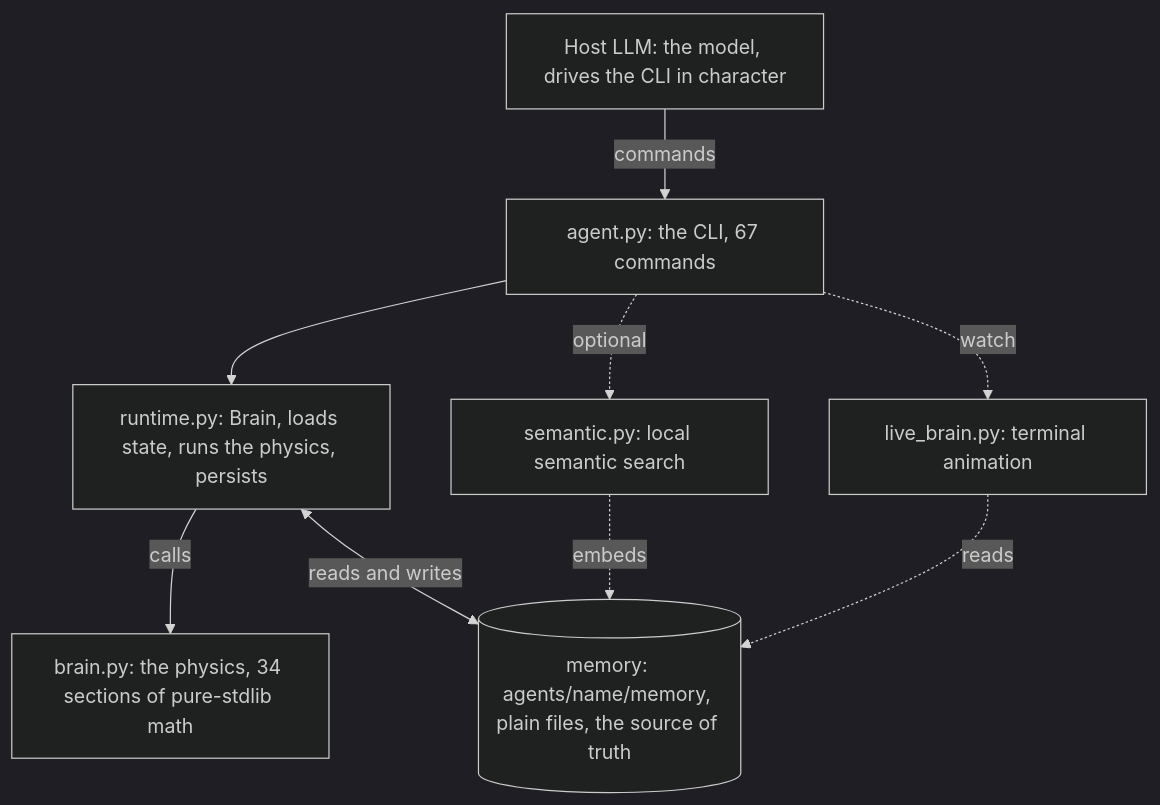
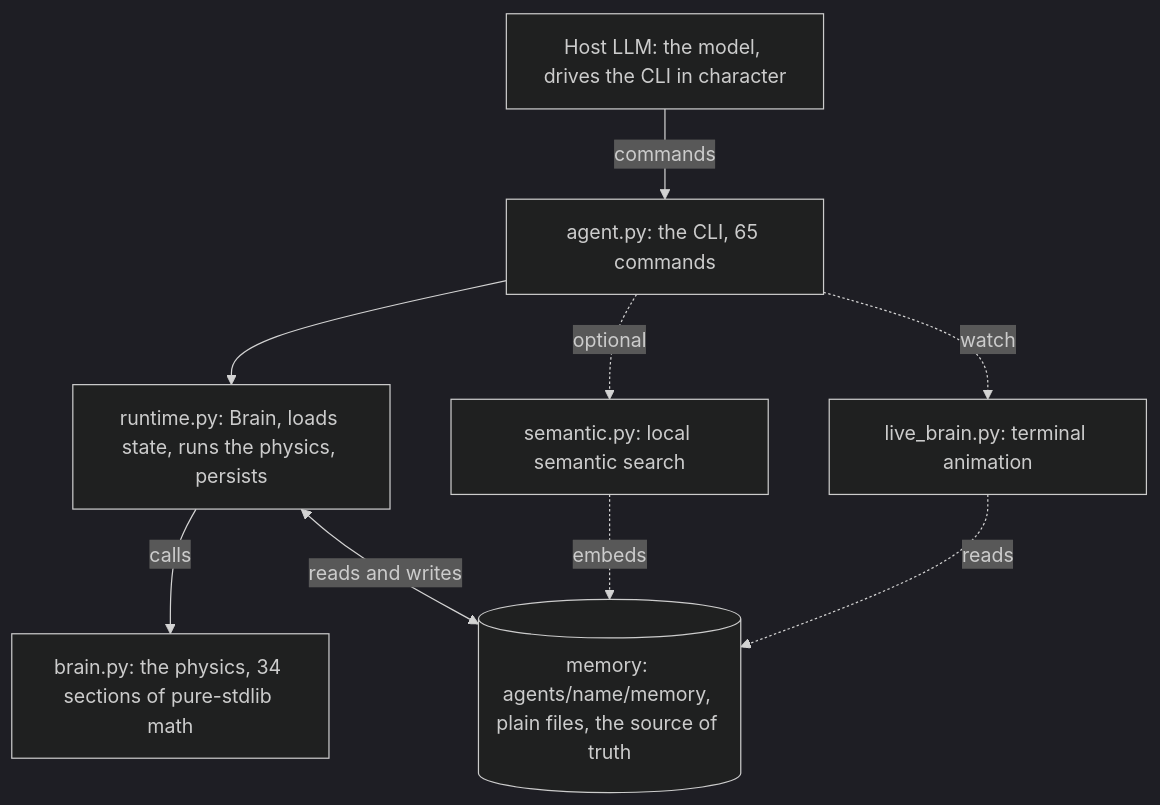
The first of 2 diagrams in README.md (alexdonea/brain-llm-cli), drawn with Mermaid (dark theme) before and after one commit. The commit also changed other lines of this file and 96 other files, not shown here.

````diff
--- a/README.md
+++ b/README.md
@@ -75,18 +76,18 @@
 ```mermaid
 flowchart TB
     HOST["Host LLM: the model, drives the CLI in character"]
-    CLI["agent.py: the CLI, 67 commands"]
+    CLI["agent.py: the CLI, 65 commands"]
     RT["runtime.py: Brain, loads state, runs the physics, persists"]
     PHYS["brain.py: the physics, 34 sections of pure-stdlib math"]
     MEM[("memory: agents/name/memory, plain files, the source of truth")]
     SEM["semantic.py: local semantic search"]
     LIVE["live_brain.py: terminal animation"]
     HOST -->|commands| CLI
     CLI --> RT
     RT -->|calls| PHYS
     RT <-->|reads and writes| MEM
     CLI -. optional .-> SEM
     SEM -. embeds .-> MEM
     CLI -. watch .-> LIVE
     LIVE -. reads .-> MEM
 ```
````
